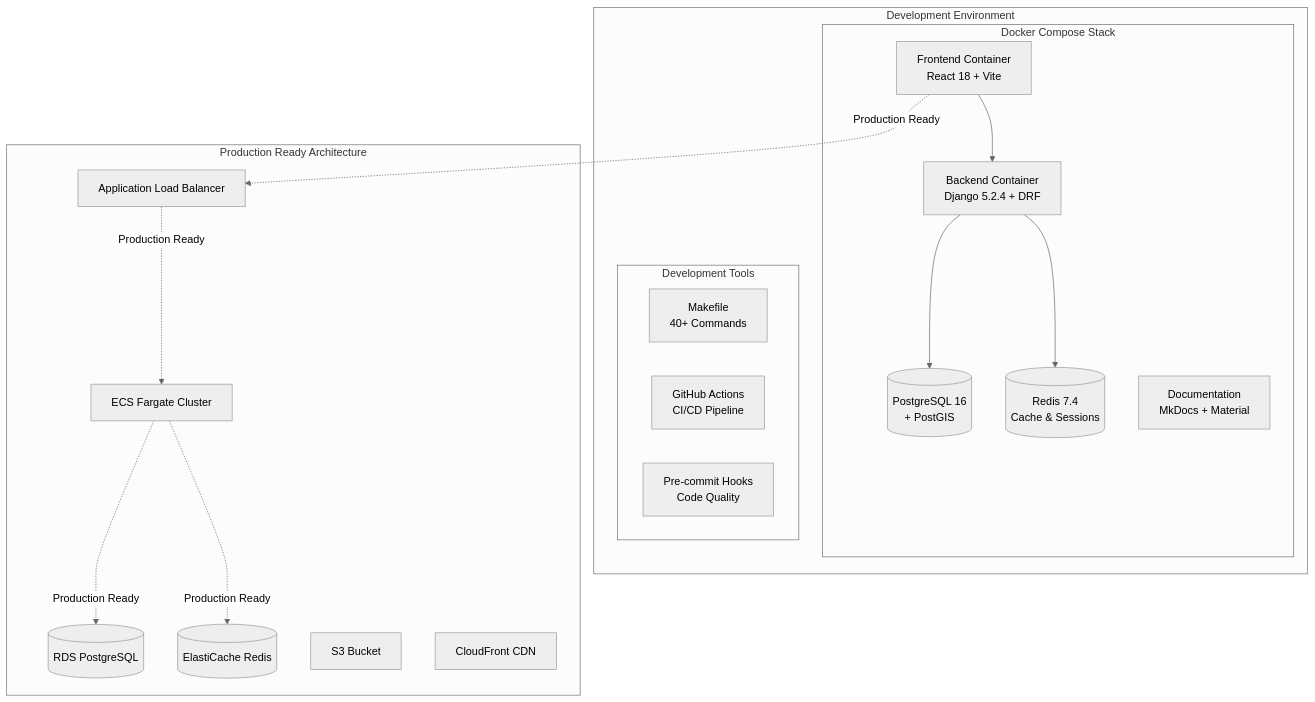
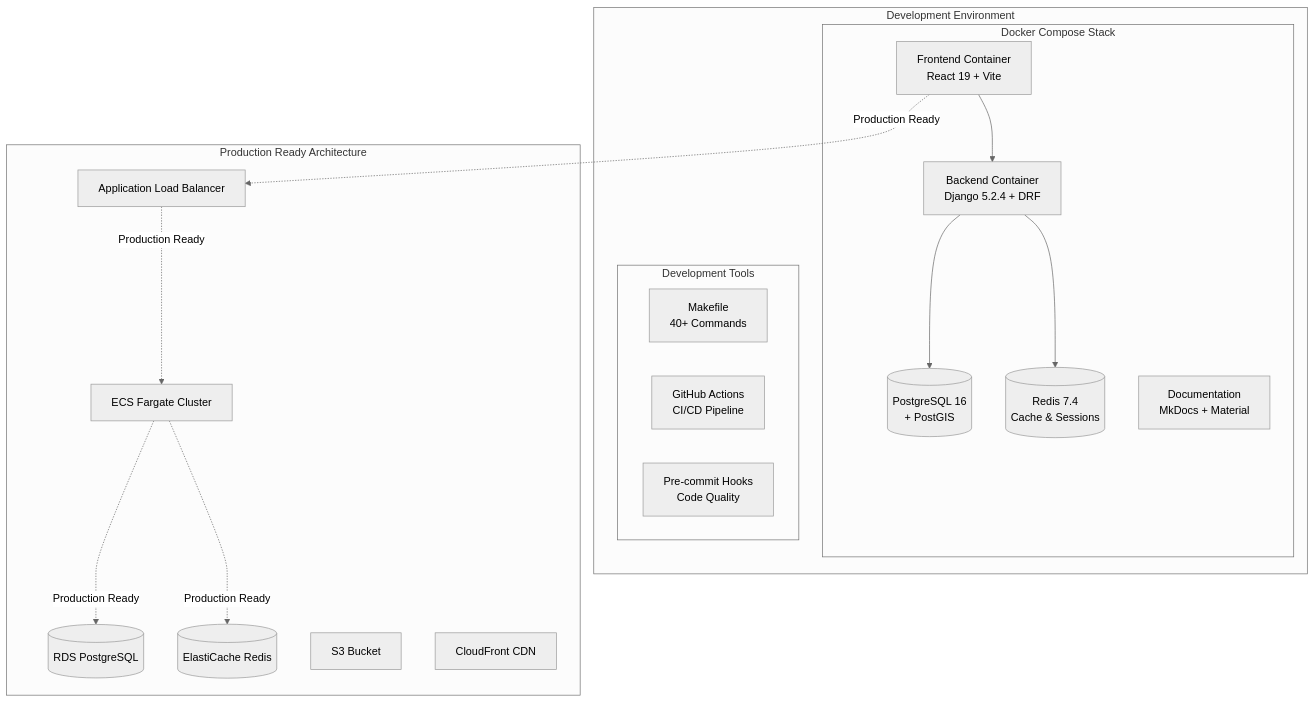
One commit to bartczak-pa/safe-job changed the third of 3 diagrams in docs/architecture/architecture.md. Above: the diagram before and after it, drawn with Mermaid (neutral theme). The commit also changed other lines of this file and 33 other files, not shown here.

````diff
--- a/docs/architecture/architecture.md
+++ b/docs/architecture/architecture.md
@@ -571,35 +585,35 @@
 ```mermaid
 graph TD
     subgraph "Development Environment"
         subgraph "Docker Compose Stack"
-            FE[Frontend Container<br/>React 18 + Vite]
+            FE[Frontend Container<br/>React 19 + Vite]
             BE[Backend Container<br/>Django 5.2.4 + DRF]
             DB[(PostgreSQL 16<br/>+ PostGIS)]
             REDIS[(Redis 7.4<br/>Cache & Sessions)]
             DOCS[Documentation<br/>MkDocs + Material]
         end
 
         subgraph "Development Tools"
             MAKE[Makefile<br/>40+ Commands]
             CI[GitHub Actions<br/>CI/CD Pipeline]
             PRE[Pre-commit Hooks<br/>Code Quality]
         end
     end
 
     subgraph "Production Ready Architecture"
         ALB[Application Load Balancer]
         ECS[ECS Fargate Cluster]
         RDS[(RDS PostgreSQL)]
         ELASTICACHE[(ElastiCache Redis)]
         S3[S3 Bucket]
         CF[CloudFront CDN]
     end
 
     FE --> BE
     BE --> DB
     BE --> REDIS
     FE -.->|Production Ready| ALB
     ALB -.->|Production Ready| ECS
     ECS -.->|Production Ready| RDS
     ECS -.->|Production Ready| ELASTICACHE
 ```
````
